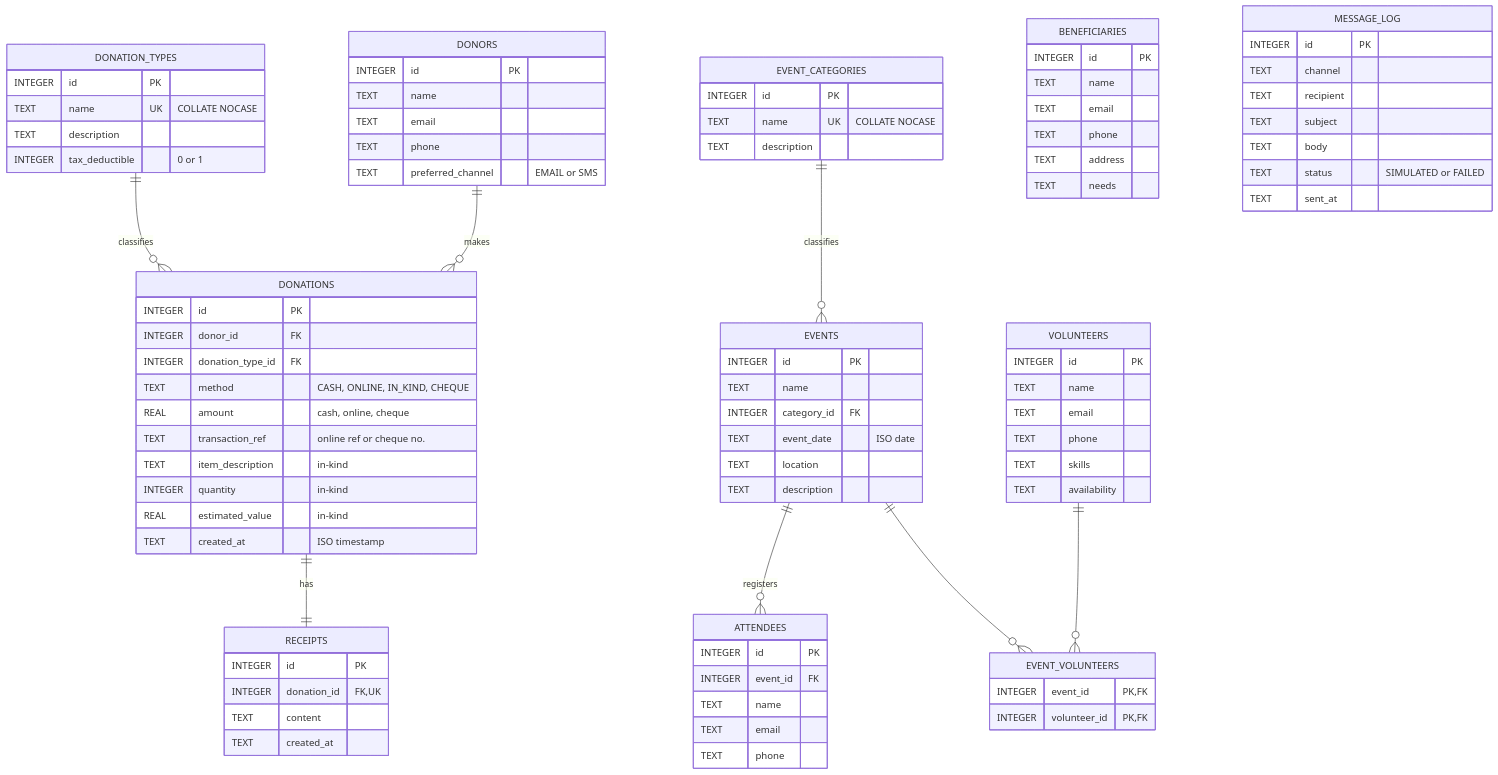
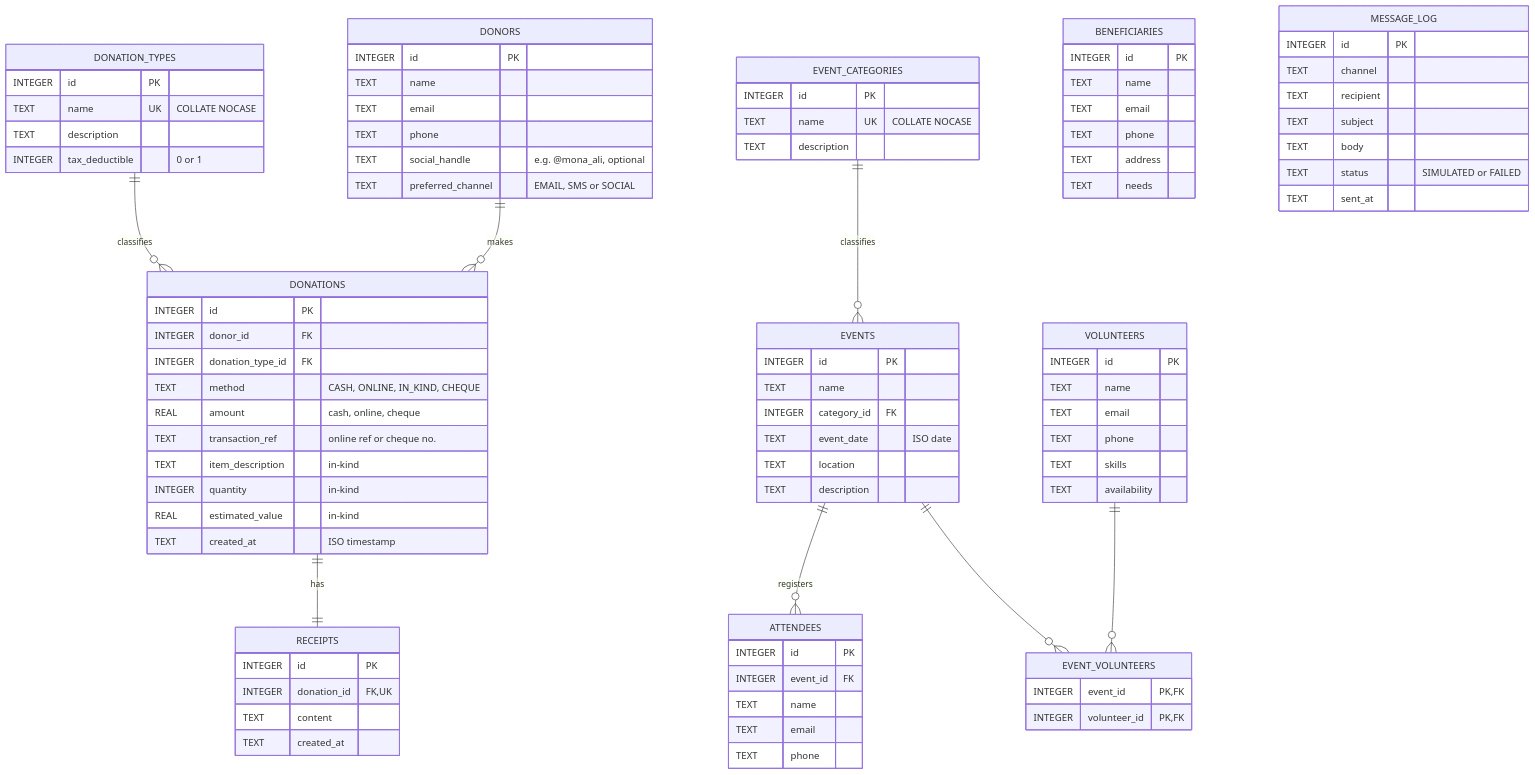
Before and after one commit to Abdallah1707/Ripple: the sixth of 6 diagrams in docs/architecture.md, drawn with Mermaid. The commit also changed other lines of this file and 30 other files, not shown here.

```diff
--- a/docs/architecture.md
+++ b/docs/architecture.md
@@ -259,7 +259,8 @@
         TEXT name
         TEXT email
         TEXT phone
-        TEXT preferred_channel "EMAIL or SMS"
+        TEXT social_handle "e.g. @mona_ali, optional"
+        TEXT preferred_channel "EMAIL, SMS or SOCIAL"
     }
     DONATIONS {
         INTEGER id PK
```
